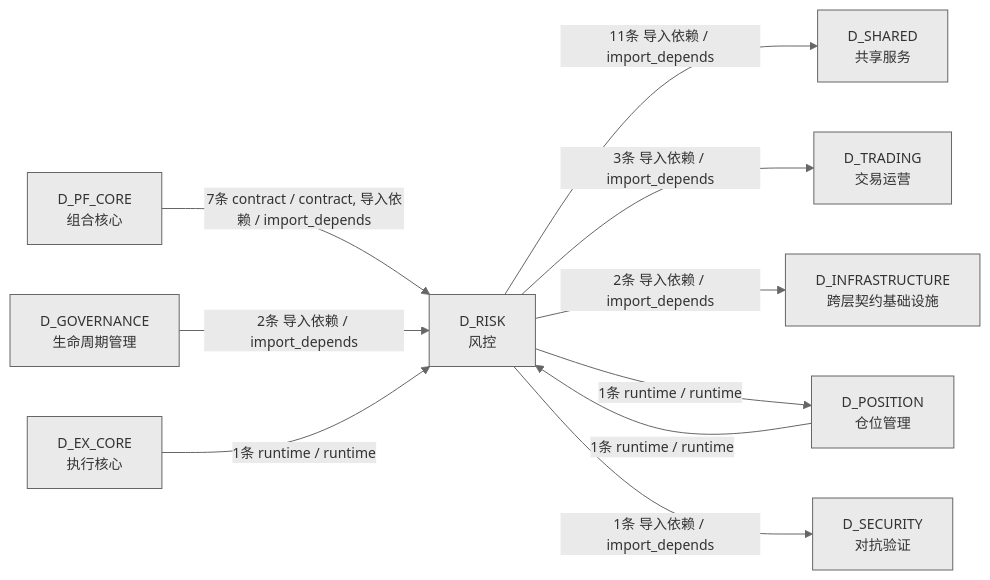
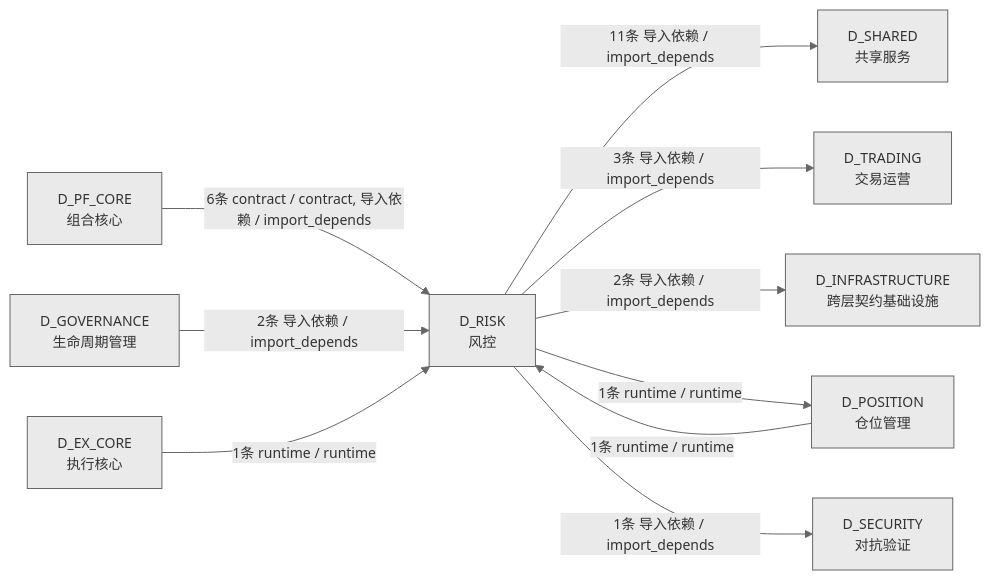
One commit to xuanFelixVan/ZephyrAlpha changed the third of 3 diagrams in docs/02_enterprise_architecture/02_domain_architecture_docs/65_d_risk.md. Above: the diagram before and after it, drawn with Mermaid. The commit also changed other lines of this file and 46 other files, not shown here.

````diff
--- a/docs/02_enterprise_architecture/02_domain_architecture_docs/65_d_risk.md
+++ b/docs/02_enterprise_architecture/02_domain_architecture_docs/65_d_risk.md
@@ -283,22 +284,22 @@
 ```mermaid
 %%{init: {'theme': 'base', 'themeVariables': {'primaryColor': '#eaeaea', 'primaryTextColor': '#333333', 'primaryBorderColor': '#666666', 'lineColor': '#666666', 'secondaryColor': '#eaeaea', 'tertiaryColor': '#eaeaea', 'fontSize': '14px'}}}%%
 graph LR
     D_RISK["D_RISK<br/>风控"]
     D_SHARED["D_SHARED<br/>共享服务"]
     D_TRADING["D_TRADING<br/>交易运营"]
     D_INFRASTRUCTURE["D_INFRASTRUCTURE<br/>跨层契约基础设施"]
     D_POSITION["D_POSITION<br/>仓位管理"]
     D_SECURITY["D_SECURITY<br/>对抗验证"]
     D_PF_CORE["D_PF_CORE<br/>组合核心"]
     D_GOVERNANCE["D_GOVERNANCE<br/>生命周期管理"]
     D_EX_CORE["D_EX_CORE<br/>执行核心"]
     D_RISK -->|11条 导入依赖 / import_depends| D_SHARED
     D_RISK -->|3条 导入依赖 / import_depends| D_TRADING
     D_RISK -->|2条 导入依赖 / import_depends| D_INFRASTRUCTURE
     D_RISK -->|1条 runtime / runtime| D_POSITION
     D_RISK -->|1条 导入依赖 / import_depends| D_SECURITY
-    D_PF_CORE -->|7条 contract / contract, 导入依赖 / import_depends| D_RISK
+    D_PF_CORE -->|6条 contract / contract, 导入依赖 / import_depends| D_RISK
     D_GOVERNANCE -->|2条 导入依赖 / import_depends| D_RISK
     D_EX_CORE -->|1条 runtime / runtime| D_RISK
     D_POSITION -->|1条 runtime / runtime| D_RISK
 ```
````
